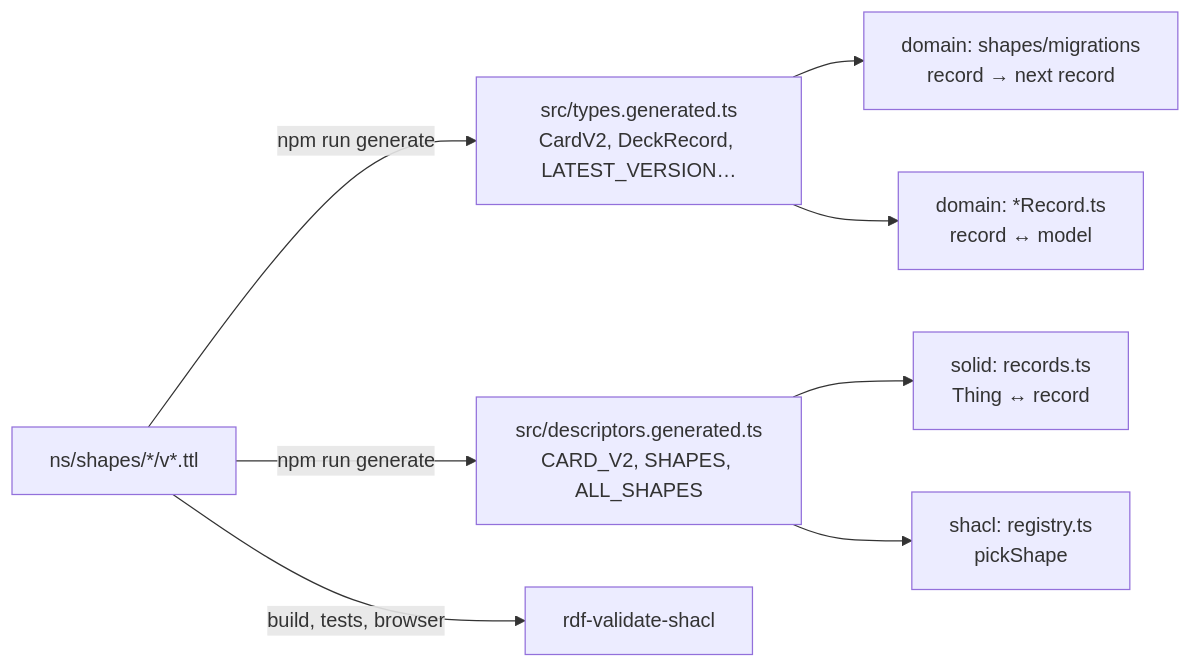
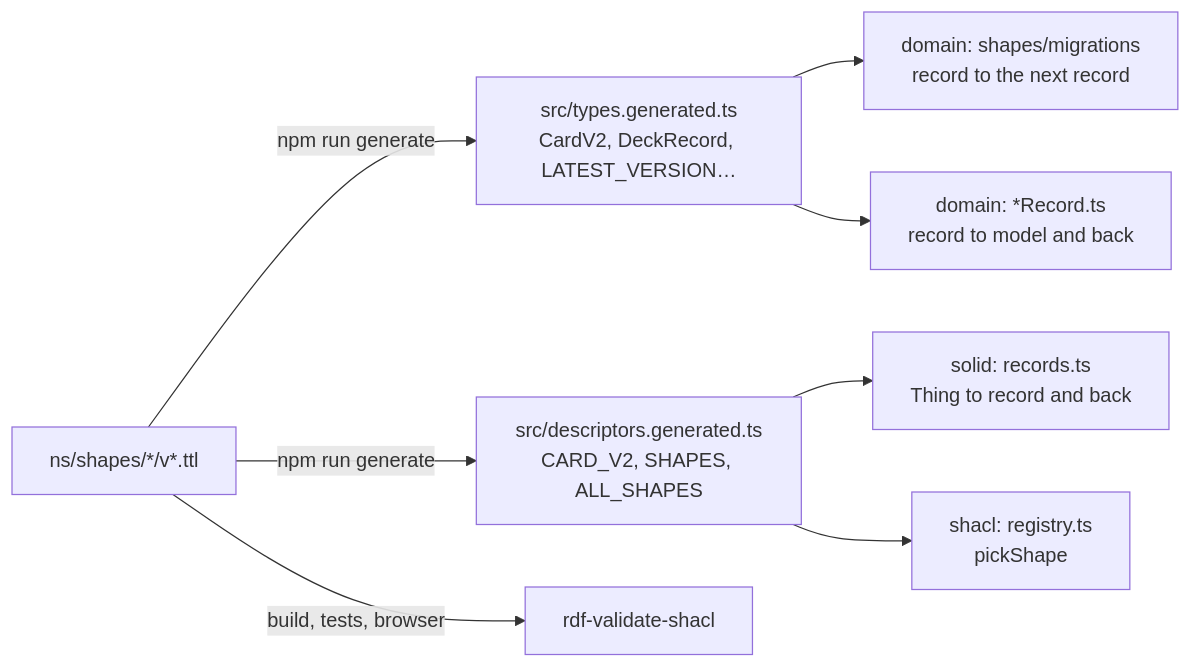
The diagram in docs/shapes.md (solid-memo/website), drawn with Mermaid before and after one commit. The commit also changed 26 other files, not shown here.

````diff
--- a/docs/shapes.md
+++ b/docs/shapes.md
@@ -153,10 +153,12 @@
 ```mermaid
 flowchart LR
+    accTitle: What the shapes generate
+    accDescr: npm run generate turns the shapes into types and descriptors, which the migrations, the records, the mappers and the shape registry use.
     shapes["ns/shapes/*/v*.ttl"] -->|npm run generate| types["src/types.generated.ts<br/>CardV2, DeckRecord, LATEST_VERSION…"]
     shapes -->|npm run generate| desc["src/descriptors.generated.ts<br/>CARD_V2, SHAPES, ALL_SHAPES"]
-    types --> migrations["domain: shapes/migrations<br/>record → next record"]
-    types --> records["domain: *Record.ts<br/>record ↔ model"]
-    desc --> rw["solid: records.ts<br/>Thing ↔ record"]
+    types --> migrations["domain: shapes/migrations<br/>record to the next record"]
+    types --> records["domain: *Record.ts<br/>record to model and back"]
+    desc --> rw["solid: records.ts<br/>Thing to record and back"]
     desc --> pick["shacl: registry.ts<br/>pickShape"]
     shapes -->|build, tests, browser| shacl["rdf-validate-shacl"]
 ```
````
